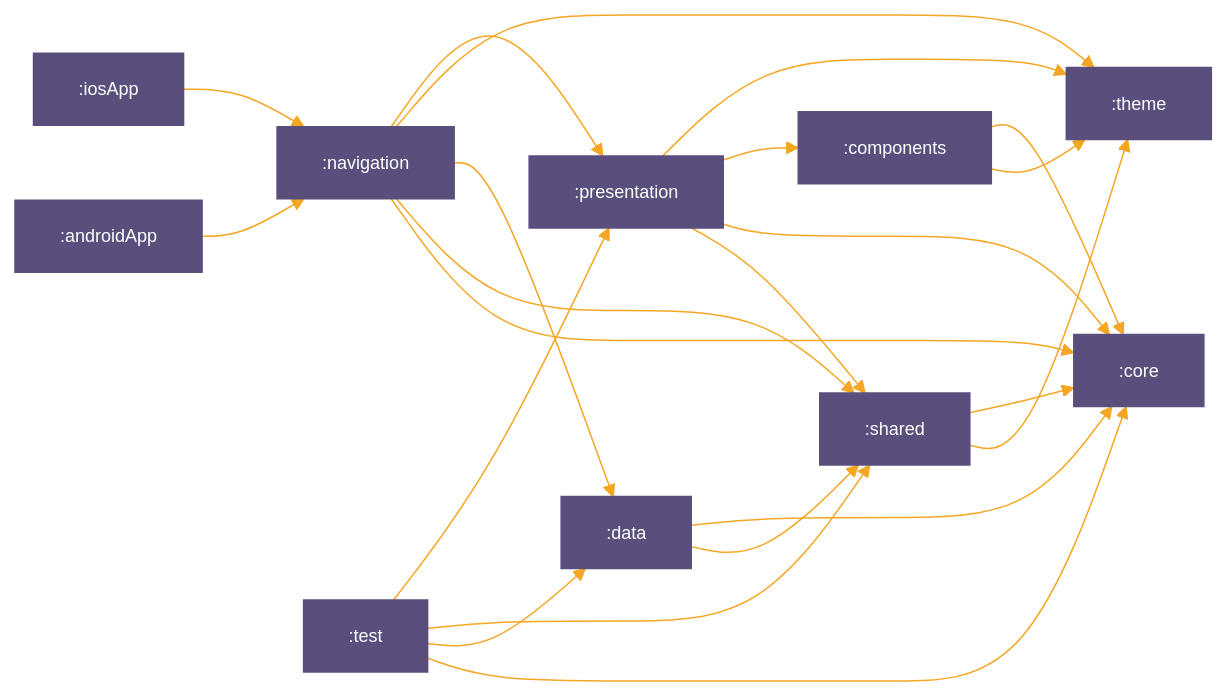
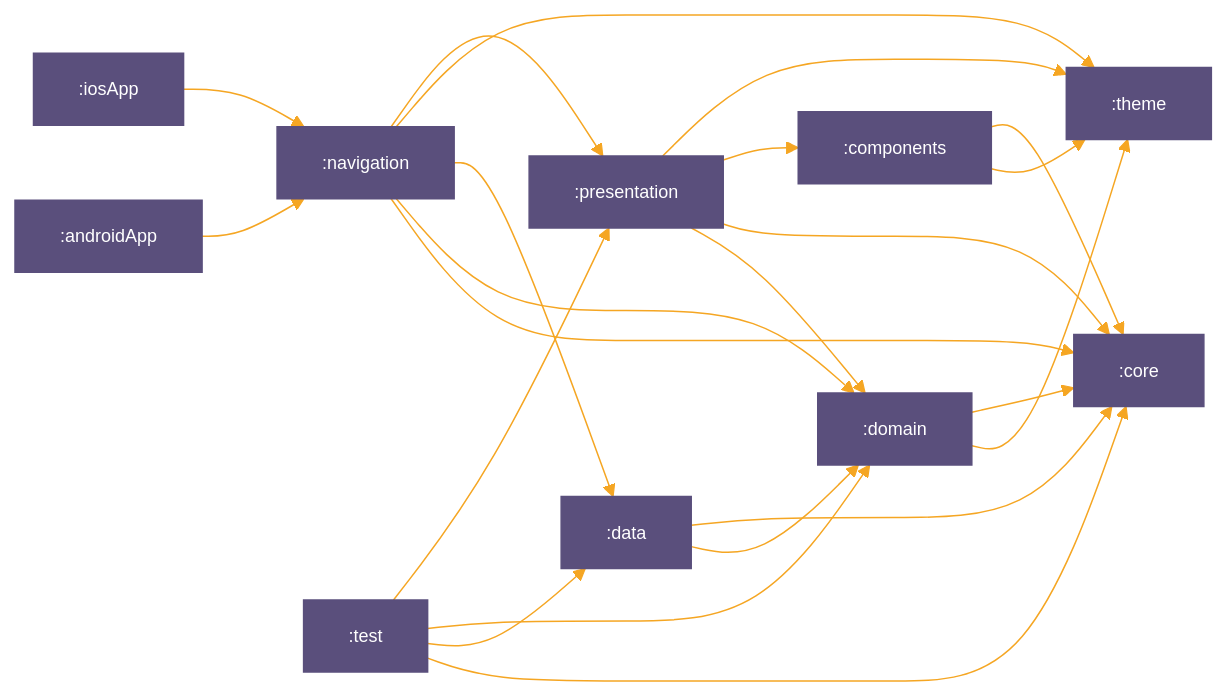
One commit to daviekimgithub/expense-tracker-android changed the diagram in README.md. Above: the diagram before and after it, drawn with Mermaid.

````diff
--- a/README.md
+++ b/README.md
@@ -63,31 +63,31 @@
 ```mermaid
 %%{
   init: {
     'theme': 'base',
     'themeVariables': {"primaryTextColor":"#fff","primaryColor":"#5a4f7c","primaryBorderColor":"#5a4f7c","lineColor":"#f5a623","tertiaryColor":"#40375c","fontSize":"12px"}
   }
 }%%
 
 graph LR
   :navigation --> :core
-  :navigation --> :shared
+  :navigation --> :domain
   :navigation --> :data
   :navigation --> :theme
   :navigation --> :presentation
-  :shared --> :theme
-  :shared --> :core
+  :domain --> :theme
+  :domain --> :core
   :androidApp --> :navigation
   :iosApp --> :navigation
   :test --> :core
   :test --> :data
-  :test --> :shared
+  :test --> :domain
   :test --> :presentation
-  :data --> :shared
+  :data --> :domain
   :data --> :core
   :components --> :theme
   :components --> :core
-  :presentation --> :shared
+  :presentation --> :domain
   :presentation --> :core
   :presentation --> :components
   :presentation --> :theme
 ```
````
